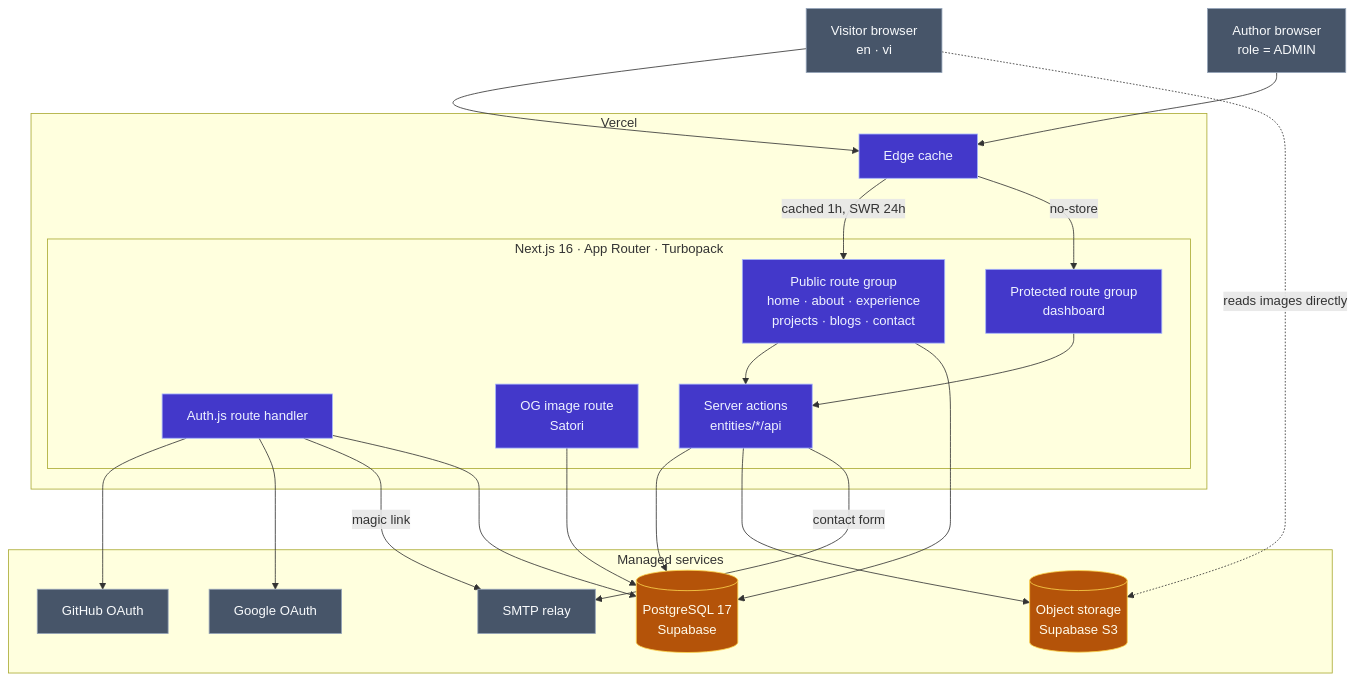
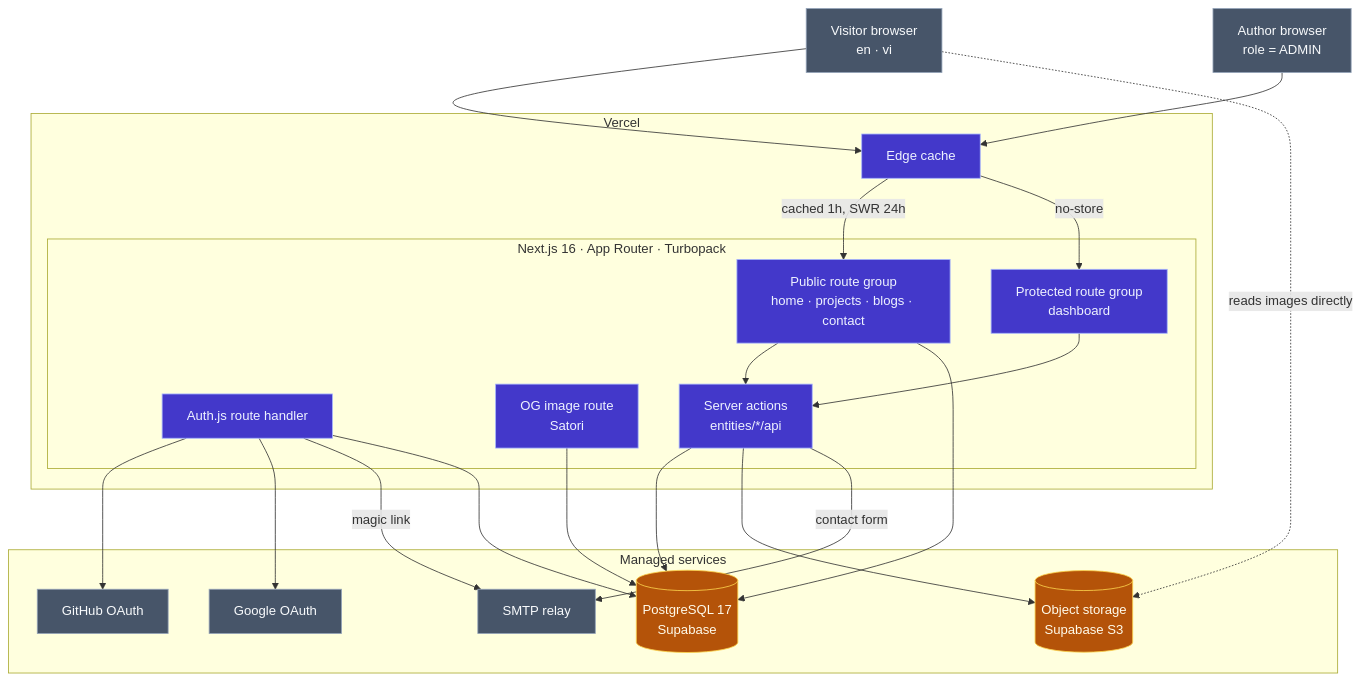
The first of 7 diagrams in docs/architecture.md (lthphuw/byte-of-me), drawn with Mermaid before and after one commit. The commit also changed 26 other files, not shown here.

````diff
--- a/docs/architecture.md
+++ b/docs/architecture.md
@@ -33,54 +33,54 @@
 ```mermaid
 flowchart TB
     V["Visitor browser<br/>en · vi"]
     A["Author browser<br/>role = ADMIN"]
 
     subgraph vercel["Vercel"]
         CDN["Edge cache"]
 
         subgraph next["Next.js 16 · App Router · Turbopack"]
-            PUB["Public route group<br/>home · about · experience<br/>projects · blogs · contact"]
+            PUB["Public route group<br/>home · projects · blogs · contact"]
             PROT["Protected route group<br/>dashboard"]
             AUTHR["Auth.js route handler"]
             OG["OG image route<br/>Satori"]
             ACT["Server actions<br/>entities/*/api"]
         end
     end
 
     subgraph managed["Managed services"]
         PG[("PostgreSQL 17<br/>Supabase")]
         S3[("Object storage<br/>Supabase S3")]
         SMTP["SMTP relay"]
         GH["GitHub OAuth"]
         GO["Google OAuth"]
     end
 
     V --> CDN
     A --> CDN
     CDN -->|"cached 1h, SWR 24h"| PUB
     CDN -->|"no-store"| PROT
 
     PUB --> ACT
     PROT --> ACT
     ACT --> PG
     ACT --> S3
     ACT -->|"contact form"| SMTP
 
     PUB --> PG
     OG --> PG
 
     AUTHR --> GH
     AUTHR --> GO
     AUTHR -->|"magic link"| SMTP
     AUTHR --> PG
 
     V -.->|"reads images directly"| S3
 
     classDef app fill:#4338ca,stroke:#a5b4fc,color:#eef2ff
     classDef data fill:#b45309,stroke:#fcd34d,color:#fffbeb
     classDef ext fill:#475569,stroke:#94a3b8,color:#f8fafc
 
     class PUB,PROT,AUTHR,OG,ACT,CDN app
     class PG,S3 data
     class V,A,SMTP,GH,GO ext
 ```
````
